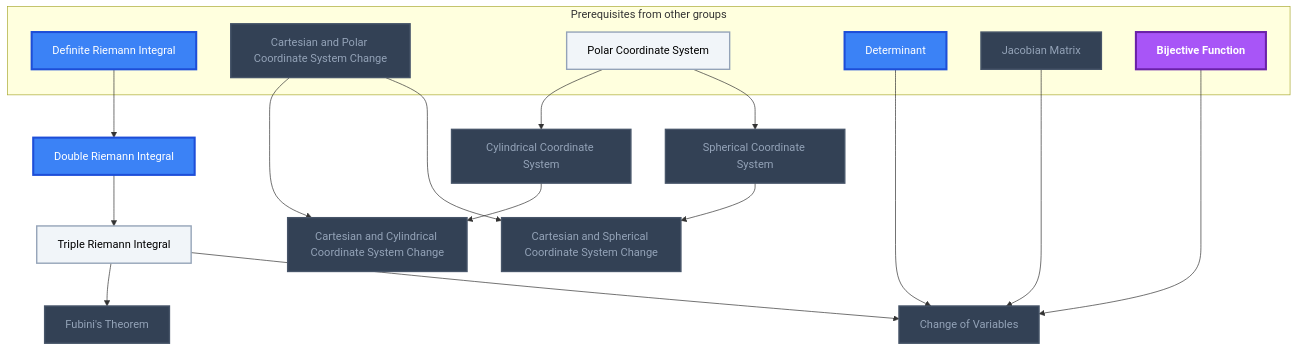
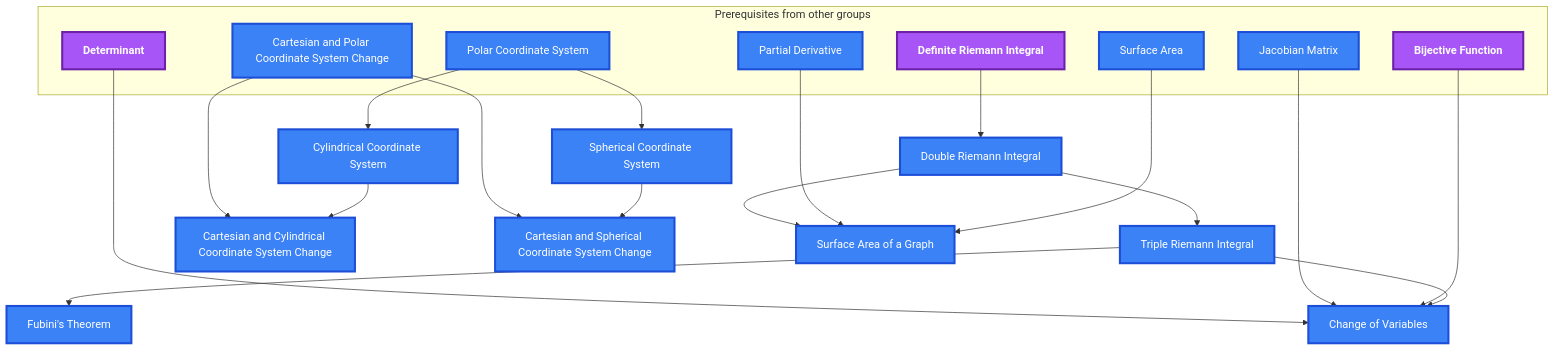
Before and after one commit to MRauf1/My-Notes: diagram 11 of 13 in Gamification/Skill Trees/Calculus.md, drawn with Mermaid. The commit also changed other lines of this file and 145 other files, not shown here.

````diff
--- a/Gamification/Skill Trees/Calculus.md
+++ b/Gamification/Skill Trees/Calculus.md
@@ -801,46 +896,50 @@
 ```mermaid
 flowchart TD
     classDef planned fill:#1E293B,stroke:#64748B,stroke-width:2px,stroke-dasharray:5 5,color:#94A3B8;
     classDef locked fill:#334155,stroke:#475569,stroke-width:2px,color:#94A3B8;
     classDef L0 fill:#F1F5F9,stroke:#94A3B8,stroke-width:2px,color:#000000;
     classDef L1 fill:#22C55E,stroke:#15803D,stroke-width:2px,color:#000000;
     classDef L2 fill:#3B82F6,stroke:#1D4ED8,stroke-width:3px,color:#FFFFFF;
     classDef L3 fill:#A855F7,stroke:#6B21A8,stroke-width:3px,color:#FFFFFF,font-weight:bold;
     classDef L4 fill:#F97316,stroke:#C2410C,stroke-width:4px,color:#000000,font-weight:bold;
     classDef L5 fill:#FFD700,stroke:#FF8C00,stroke-width:5px,color:#000000,font-weight:bold;
     classDef rusty stroke:#8B4513,stroke-width:4px,stroke-dasharray:3 3;
     subgraph sg_prereqs["Prerequisites from other groups"]
         n_definite_riemann_integral["Definite Riemann Integral"]
         n_cartesian_and_polar_coordinate_system_change["Cartesian and Polar Coordinate System Change"]
         n_polar_coordinate_system["Polar Coordinate System"]
         n_determinant["Determinant"]
         n_jacobian_matrix["Jacobian Matrix"]
         n_bijective_function["Bijective Function"]
+        n_partial_derivative["Partial Derivative"]
+        n_surface_area["Surface Area"]
     end
     n_double_riemann_integral["Double Riemann Integral"]
     n_fubini_s_theorem["Fubini's Theorem"]
     n_triple_riemann_integral["Triple Riemann Integral"]
     n_cartesian_and_cylindrical_coordinate_system_change["Cartesian and Cylindrical Coordinate System Change"]
     n_cylindrical_coordinate_system["Cylindrical Coordinate System"]
     n_cartesian_and_spherical_coordinate_system_change["Cartesian and Spherical Coordinate System Change"]
     n_spherical_coordinate_system["Spherical Coordinate System"]
     n_change_of_variables["Change of Variables"]
+    n_surface_area_of_a_graph["Surface Area of a Graph"]
     n_definite_riemann_integral --> n_double_riemann_integral
     n_triple_riemann_integral --> n_fubini_s_theorem
     n_double_riemann_integral --> n_triple_riemann_integral
     n_cartesian_and_polar_coordinate_system_change --> n_cartesian_and_cylindrical_coordinate_system_change
     n_cylindrical_coordinate_system --> n_cartesian_and_cylindrical_coordinate_system_change
     n_polar_coordinate_system --> n_cylindrical_coordinate_system
     n_cartesian_and_polar_coordinate_system_change --> n_cartesian_and_spherical_coordinate_system_change
     n_spherical_coordinate_system --> n_cartesian_and_spherical_coordinate_system_change
     n_polar_coordinate_system --> n_spherical_coordinate_system
     n_determinant --> n_change_of_variables
     n_jacobian_matrix --> n_change_of_variables
     n_bijective_function --> n_change_of_variables
     n_triple_riemann_integral --> n_change_of_variables
-    class n_cartesian_and_polar_coordinate_system_change,n_jacobian_matrix,n_fubini_s_theorem,n_cartesian_and_cylindrical_coordinate_system_change,n_cylindrical_coordinate_system,n_cartesian_and_spherical_coordinate_system_change,n_spherical_coordinate_system,n_change_of_variables locked;
-    class n_polar_coordinate_system,n_triple_riemann_integral L0;
-    class n_definite_riemann_integral,n_determinant,n_double_riemann_integral L2;
-    class n_bijective_function L3;
-    class n_definite_riemann_integral,n_cartesian_and_polar_coordinate_system_change,n_polar_coordinate_system,n_determinant,n_jacobian_matrix,n_bijective_function,n_double_riemann_integral,n_fubini_s_theorem,n_triple_riemann_integral,n_cartesian_and_cylindrical_coordinate_system_change,n_cylindrical_coordinate_system,n_cartesian_and_spherical_coordinate_system_change,n_spherical_coordinate_system,n_change_of_variables internal-link;
+    n_double_riemann_integral --> n_surface_area_of_a_graph
+    n_partial_derivative --> n_surface_area_of_a_graph
+    n_surface_area --> n_surface_area_of_a_graph
+    class n_cartesian_and_polar_coordinate_system_change,n_polar_coordinate_system,n_jacobian_matrix,n_partial_derivative,n_surface_area,n_double_riemann_integral,n_fubini_s_theorem,n_triple_riemann_integral,n_cartesian_and_cylindrical_coordinate_system_change,n_cylindrical_coordinate_system,n_cartesian_and_spherical_coordinate_system_change,n_spherical_coordinate_system,n_change_of_variables,n_surface_area_of_a_graph L2;
+    class n_definite_riemann_integral,n_determinant,n_bijective_function L3;
+    class n_definite_riemann_integral,n_cartesian_and_polar_coordinate_system_change,n_polar_coordinate_system,n_determinant,n_jacobian_matrix,n_bijective_function,n_partial_derivative,n_surface_area,n_double_riemann_integral,n_fubini_s_theorem,n_triple_riemann_integral,n_cartesian_and_cylindrical_coordinate_system_change,n_cylindrical_coordinate_system,n_cartesian_and_spherical_coordinate_system_change,n_spherical_coordinate_system,n_change_of_variables,n_surface_area_of_a_graph internal-link;
 ```
````
